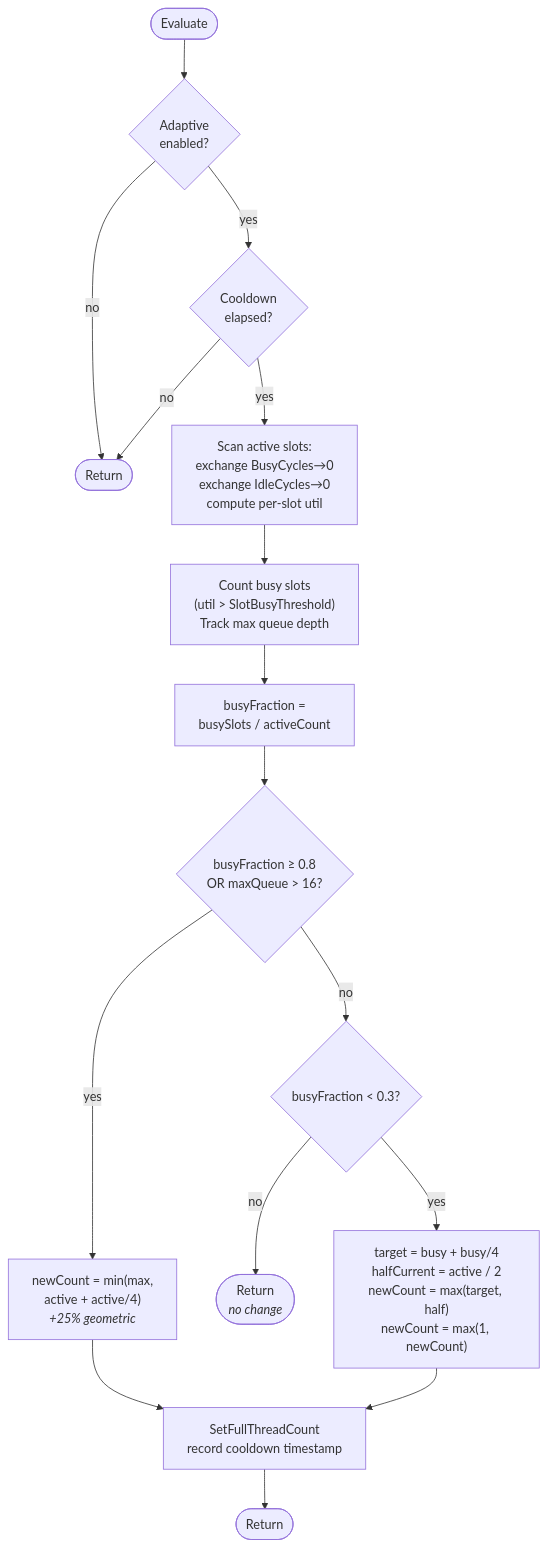
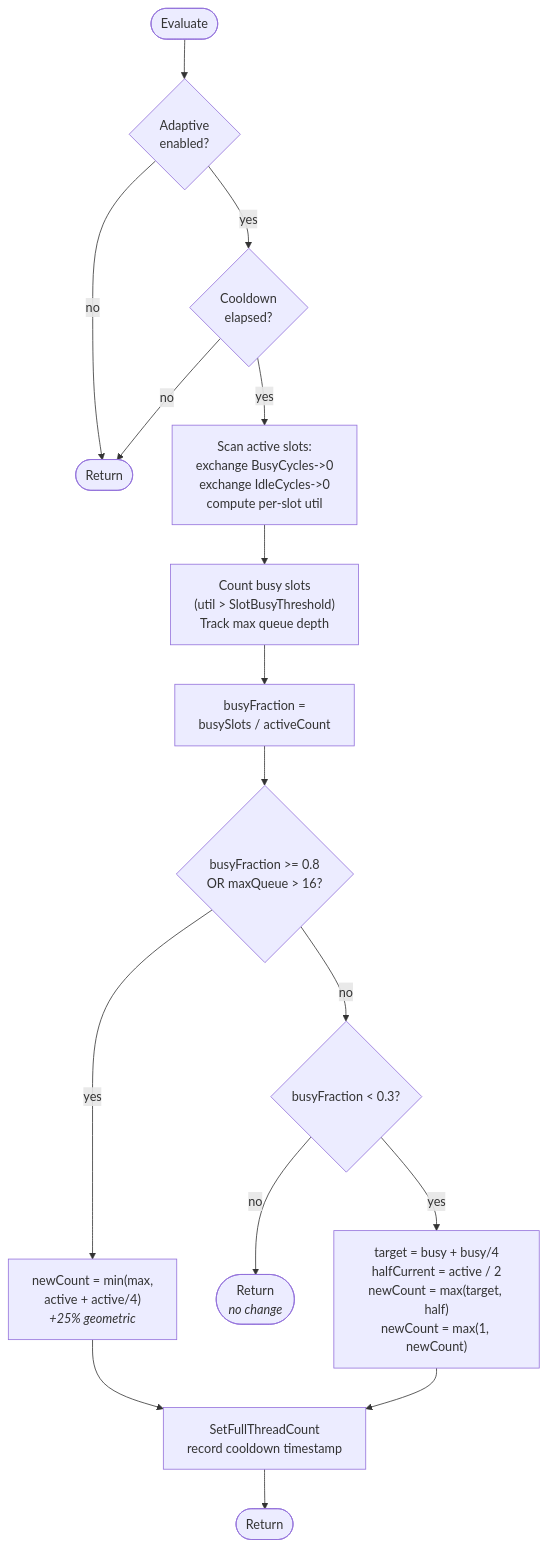
One commit to ak0rz/ydb changed the fifth of 6 diagrams in ydb/library/actors/core/workstealing/doc/rfc.md. Above: the diagram before and after it, drawn with Mermaid. The commit also changed other lines of this file and 17 other files, not shown here.

````diff
--- a/ydb/library/actors/core/workstealing/doc/rfc.md
+++ b/ydb/library/actors/core/workstealing/doc/rfc.md
@@ -493,24 +501,24 @@
 ```mermaid
 flowchart TD
     START([Evaluate]) --> ENABLED{Adaptive<br/>enabled?}
     ENABLED -->|no| SKIP([Return])
     ENABLED -->|yes| COOL{Cooldown<br/>elapsed?}
     COOL -->|no| SKIP
 
-    COOL -->|yes| SCAN[Scan active slots:<br/>exchange BusyCycles→0<br/>exchange IdleCycles→0<br/>compute per-slot util]
+    COOL -->|yes| SCAN[Scan active slots:<br/>exchange BusyCycles->0<br/>exchange IdleCycles->0<br/>compute per-slot util]
 
     SCAN --> COUNT["Count busy slots<br/>(util > SlotBusyThreshold)<br/>Track max queue depth"]
 
     COUNT --> FRAC["busyFraction =<br/>busySlots / activeCount"]
 
-    FRAC --> INF_CHECK{"busyFraction ≥ 0.8<br/>OR maxQueue > 16?"}
+    FRAC --> INF_CHECK{"busyFraction >= 0.8<br/>OR maxQueue > 16?"}
     INF_CHECK -->|yes| INFLATE["newCount = min(max,<br/>active + active/4)<br/><i>+25% geometric</i>"]
     INFLATE --> APPLY
 
     INF_CHECK -->|no| DEF_CHECK{"busyFraction < 0.3?"}
     DEF_CHECK -->|no| DEADBAND([Return<br/><i>no change</i>])
 
     DEF_CHECK -->|yes| DEFLATE["target = busy + busy/4<br/>halfCurrent = active / 2<br/>newCount = max(target, half)<br/>newCount = max(1, newCount)"]
     DEFLATE --> APPLY[SetFullThreadCount<br/>record cooldown timestamp]
     APPLY --> DONE([Return])
 ```
````
